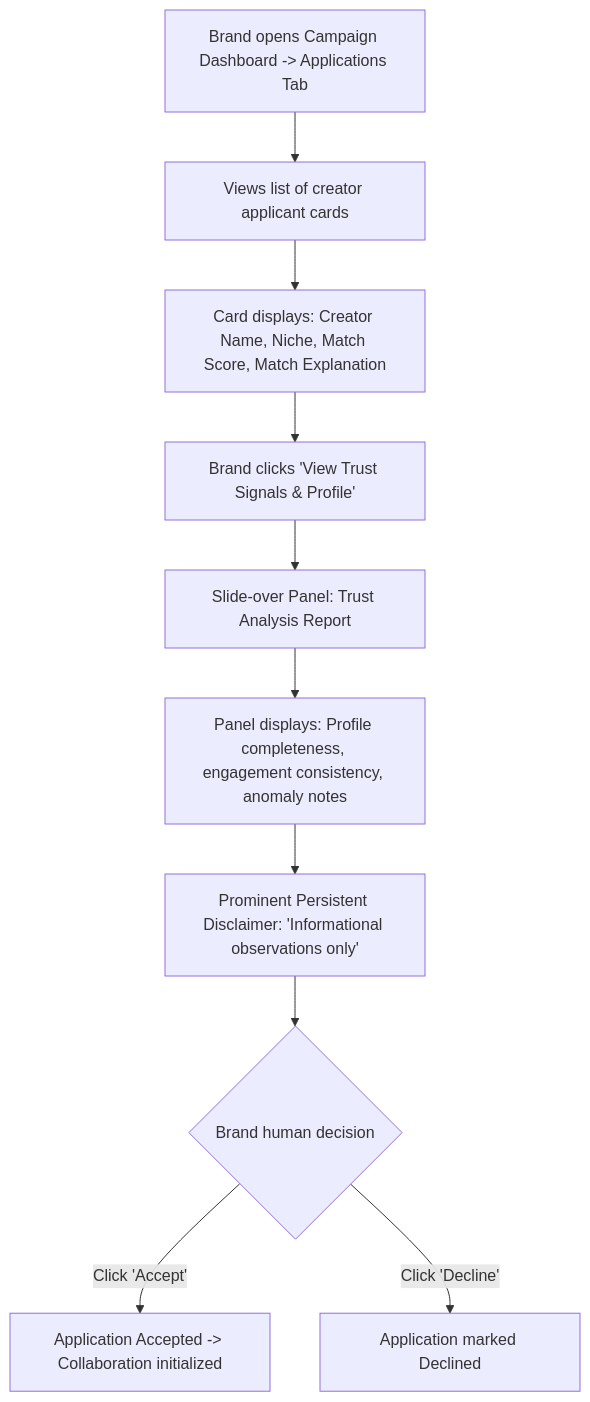
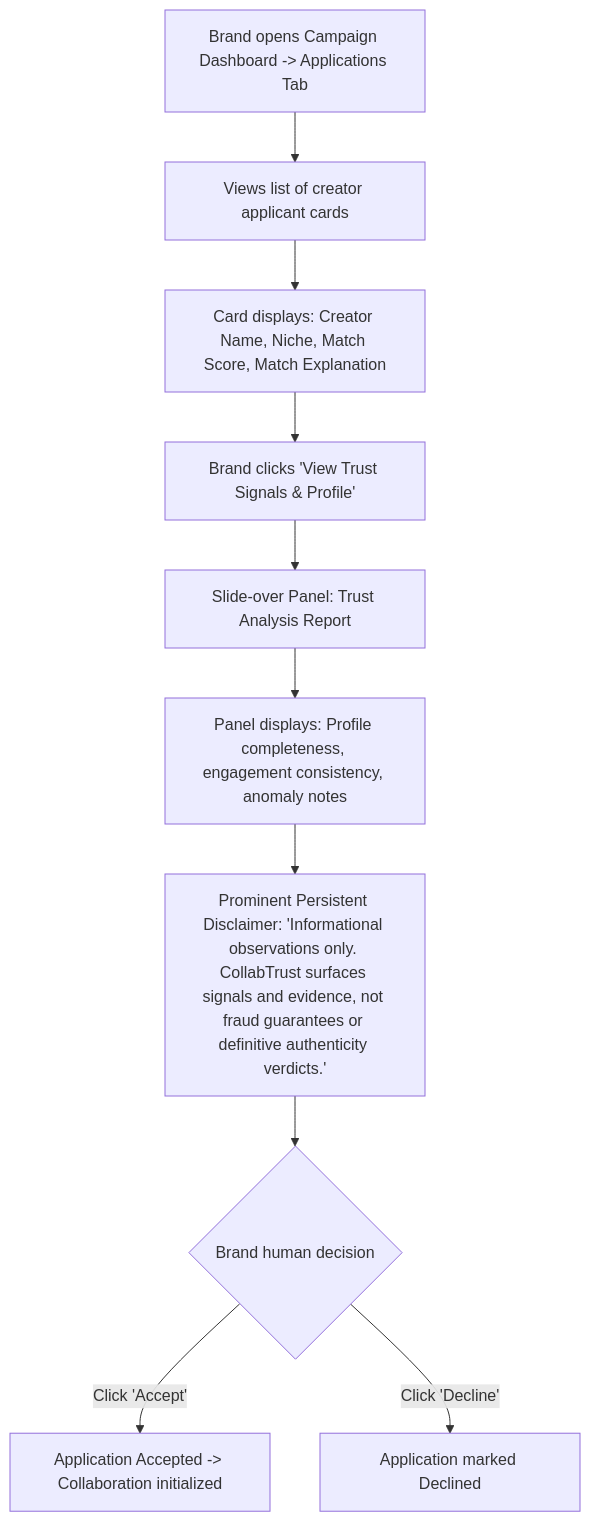
Before and after one commit to DEV-Nik06/collabtrust: the third of 4 diagrams in docs/05-design/ux-flows.md, drawn with Mermaid. The commit also changed other lines of this file and 48 other files, not shown here.

````diff
--- a/docs/05-design/ux-flows.md
+++ b/docs/05-design/ux-flows.md
@@ -88,12 +91,12 @@
 ```mermaid
 flowchart TD
     A["Brand opens Campaign Dashboard -> Applications Tab"] --> B["Views list of creator applicant cards"]
     B --> C["Card displays: Creator Name, Niche, Match Score, Match Explanation"]
     C --> D["Brand clicks 'View Trust Signals & Profile'"]
     D --> E["Slide-over Panel: Trust Analysis Report"]
     E --> F["Panel displays: Profile completeness, engagement consistency, anomaly notes"]
-    F --> G["Prominent Persistent Disclaimer: 'Informational observations only'"]
+    F --> G["Prominent Persistent Disclaimer: 'Informational observations only. CollabTrust surfaces signals and evidence, not fraud guarantees or definitive authenticity verdicts.'"]
     G --> H{"Brand human decision"}
     H -->|Click 'Accept'| I["Application Accepted -> Collaboration initialized"]
     H -->|Click 'Decline'| J["Application marked Declined"]
 ```
````
